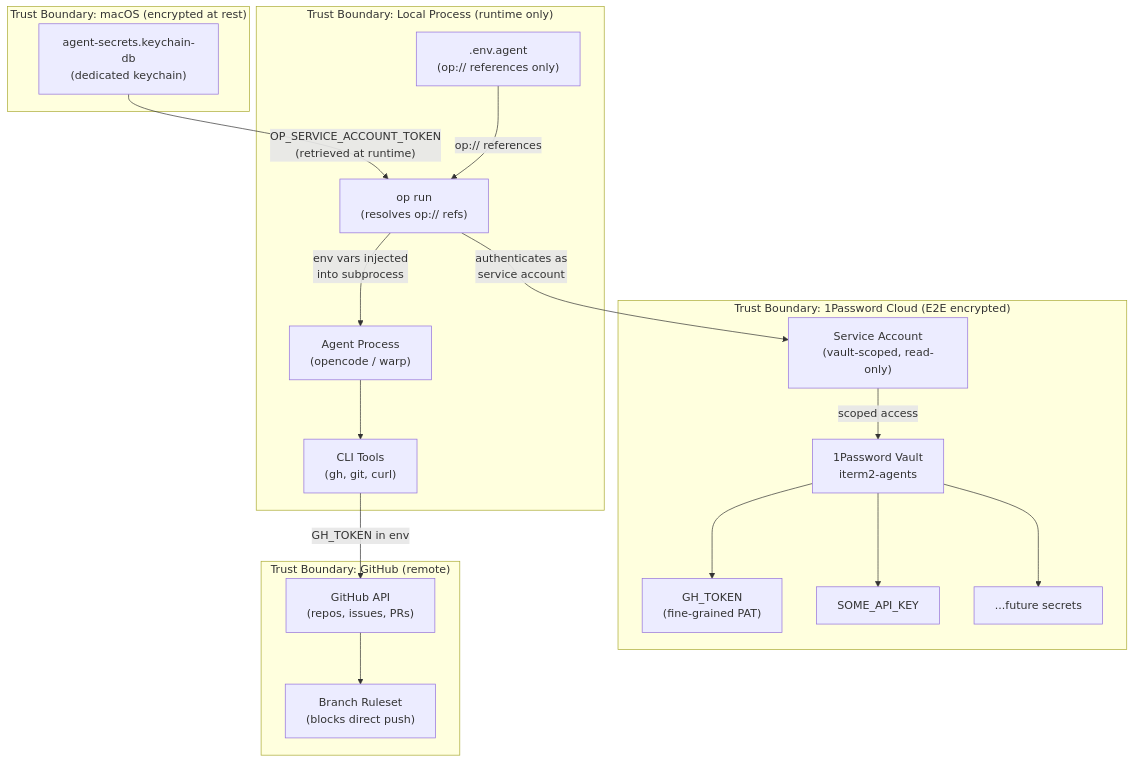
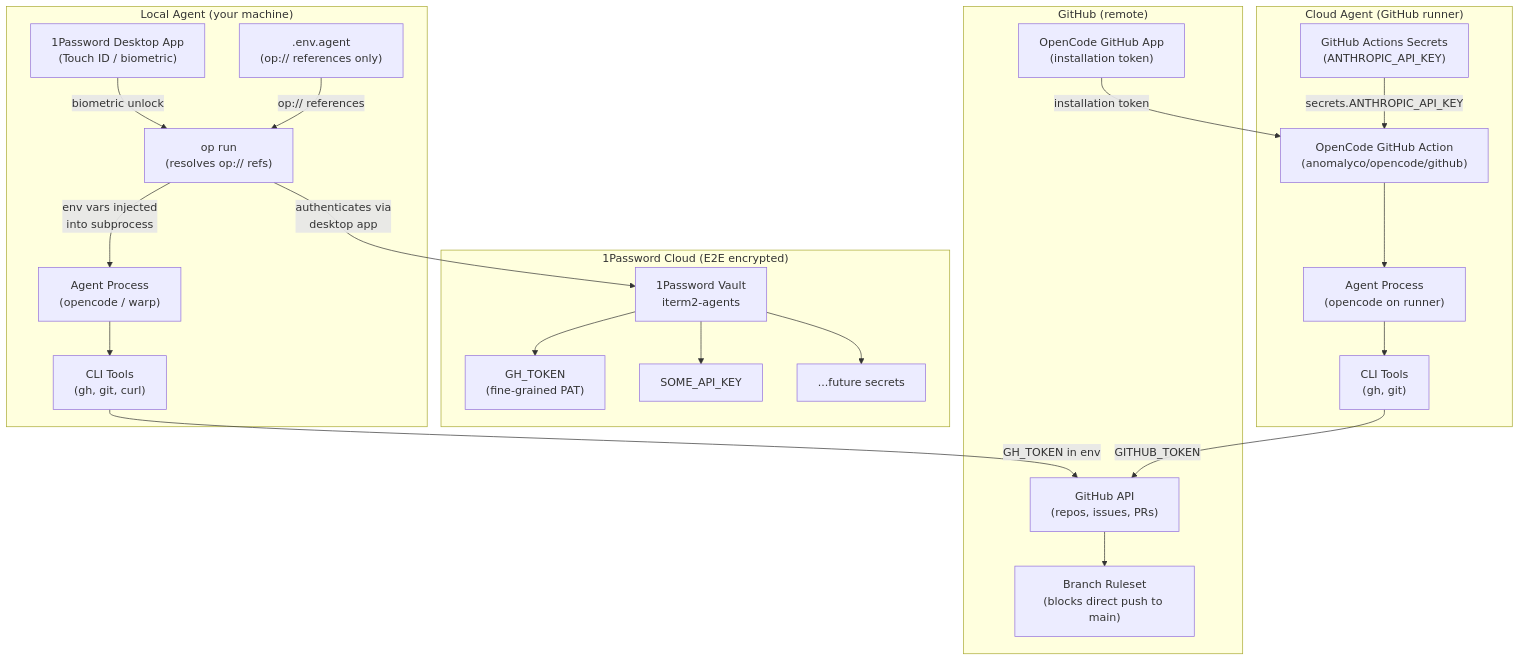
The first of 5 diagrams in docs/agent-secrets.md (visaivis/iterm2), drawn with Mermaid before and after one commit. The commit also changed other lines of this file and 4 other files, not shown here.

First line of the commit message:
docs: rewrite agent secrets for dual-mode (local + cloud) architecture

````diff
--- a/docs/agent-secrets.md
+++ b/docs/agent-secrets.md
@@ -42,38 +50,48 @@
 ```mermaid
 flowchart TB
-    subgraph "Trust Boundary: macOS (encrypted at rest)"
-        KC["agent-secrets.keychain-db\n(dedicated keychain)"]
-    end
-
-    subgraph "Trust Boundary: 1Password Cloud (E2E encrypted)"
-        SA["Service Account\n(vault-scoped, read-only)"]
+    subgraph "1Password Cloud (E2E encrypted)"
         V["1Password Vault\niterm2-agents"]
         S1["GH_TOKEN\n(fine-grained PAT)"]
         S2["SOME_API_KEY"]
         S3["...future secrets"]
         V --> S1
         V --> S2
         V --> S3
     end
 
-    subgraph "Trust Boundary: Local Process (runtime only)"
+    subgraph "Local Agent (your machine)"
+        APP["1Password Desktop App\n(Touch ID / biometric)"]
         OP["op run\n(resolves op:// refs)"]
         ENV[".env.agent\n(op:// references only)"]
-        AGENT["Agent Process\n(opencode / warp)"]
-        CLI["CLI Tools\n(gh, git, curl)"]
+        AGENT_L["Agent Process\n(opencode / warp)"]
+        CLI_L["CLI Tools\n(gh, git, curl)"]
     end
 
-    subgraph "Trust Boundary: GitHub (remote)"
-        GH["GitHub API\n(repos, issues, PRs)"]
-        RS["Branch Ruleset\n(blocks direct push)"]
+    subgraph "Cloud Agent (GitHub runner)"
+        GHS["GitHub Actions Secrets\n(ANTHROPIC_API_KEY)"]
+        OC["OpenCode GitHub Action\n(anomalyco/opencode/github)"]
+        AGENT_C["Agent Process\n(opencode on runner)"]
+        CLI_C["CLI Tools\n(gh, git)"]
     end
 
-    KC -->|"OP_SERVICE_ACCOUNT_TOKEN\n(retrieved at runtime)"| OP
-    OP -->|"authenticates as\nservice account"| SA
-    SA -->|"scoped access"| V
+    subgraph "GitHub (remote)"
+        GH["GitHub API\n(repos, issues, PRs)"]
+        RS["Branch Ruleset\n(blocks direct push to main)"]
+        GHAPP["OpenCode GitHub App\n(installation token)"]
+    end
+
+    APP -->|"biometric unlock"| OP
+    OP -->|"authenticates via\ndesktop app"| V
     ENV -->|"op:// references"| OP
-    OP -->|"env vars injected\ninto subprocess"| AGENT
-    AGENT --> CLI
-    CLI -->|"GH_TOKEN in env"| GH
+    OP -->|"env vars injected\ninto subprocess"| AGENT_L
+    AGENT_L --> CLI_L
+    CLI_L -->|"GH_TOKEN in env"| GH
+
+    GHS -->|"secrets.ANTHROPIC_API_KEY"| OC
+    GHAPP -->|"installation token"| OC
+    OC --> AGENT_C
+    AGENT_C --> CLI_C
+    CLI_C -->|"GITHUB_TOKEN"| GH
+
     GH --> RS
 ```
````
